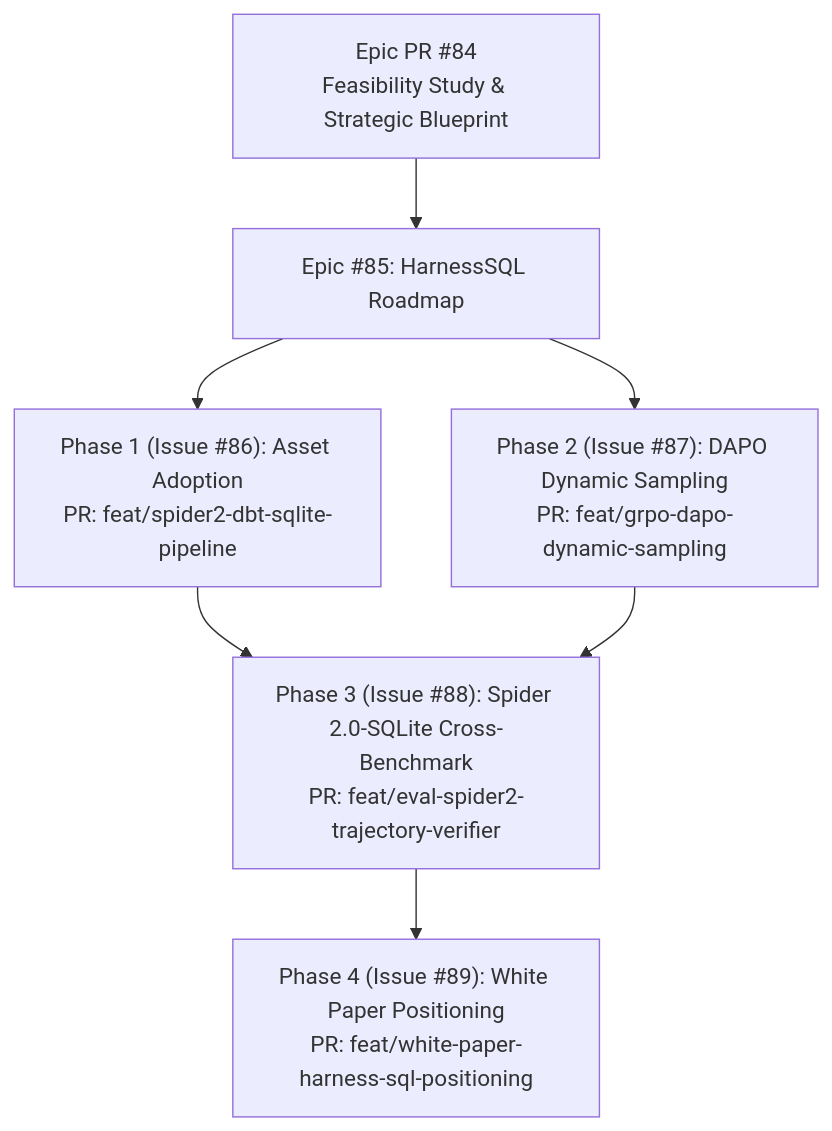
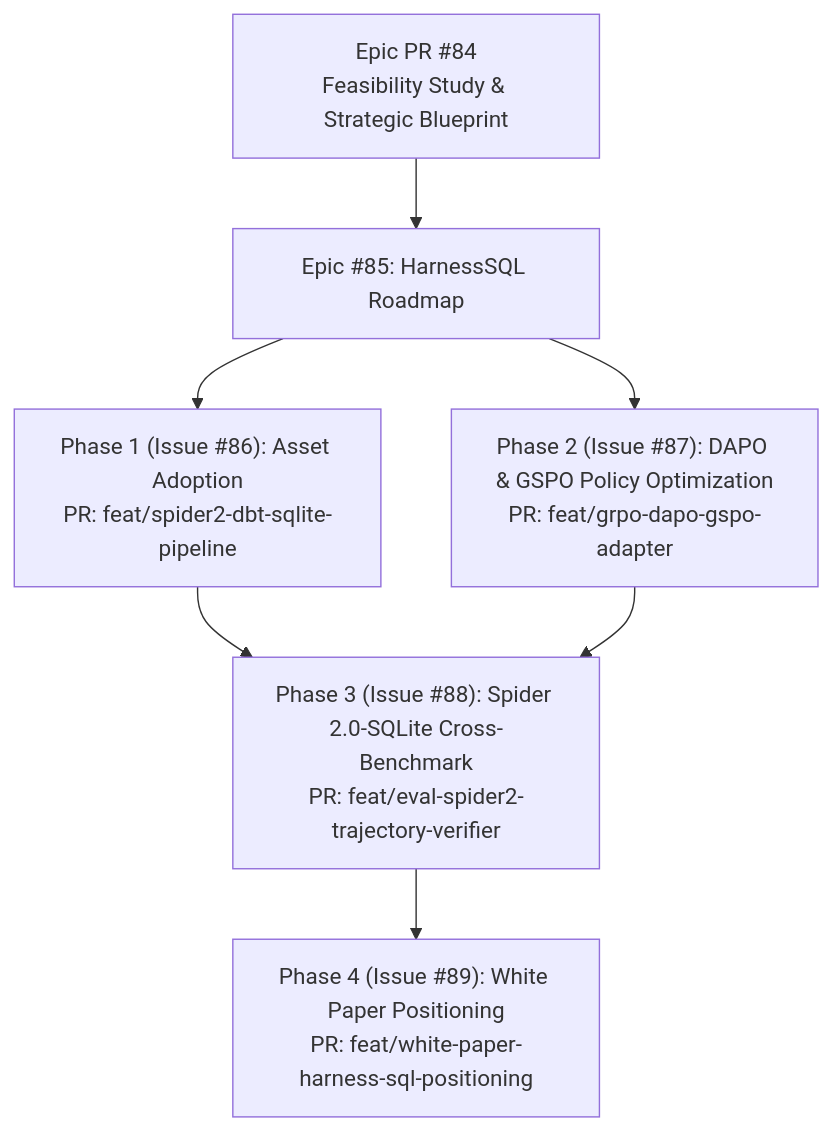
Before and after one commit to chrisjcc/ask-the-database: the diagram in docs/research/harness_sql/feasibility_study_harness_sql.md, drawn with Mermaid. The commit also changed other lines of this file, not shown here.

Commit message:
docs(research): expand Phase 2 and Section 4 with DAPO and GSPO comparative analysis

````diff
--- a/docs/research/harness_sql/feasibility_study_harness_sql.md
+++ b/docs/research/harness_sql/feasibility_study_harness_sql.md
@@ -219,9 +238,9 @@
 ```mermaid
 flowchart TD
     PR84["Epic PR #84<br/>Feasibility Study & Strategic Blueprint"] --> EPIC["Epic #85: HarnessSQL Roadmap"]
     EPIC --> P1["Phase 1 (Issue #86): Asset Adoption<br/>PR: feat/spider2-dbt-sqlite-pipeline"]
-    EPIC --> P2["Phase 2 (Issue #87): DAPO Dynamic Sampling<br/>PR: feat/grpo-dapo-dynamic-sampling"]
+    EPIC --> P2["Phase 2 (Issue #87): DAPO & GSPO Policy Optimization<br/>PR: feat/grpo-dapo-gspo-adapter"]
     P1 --> P3["Phase 3 (Issue #88): Spider 2.0-SQLite Cross-Benchmark<br/>PR: feat/eval-spider2-trajectory-verifier"]
     P2 --> P3
     P3 --> P4["Phase 4 (Issue #89): White Paper Positioning<br/>PR: feat/white-paper-harness-sql-positioning"]
 ```
````
